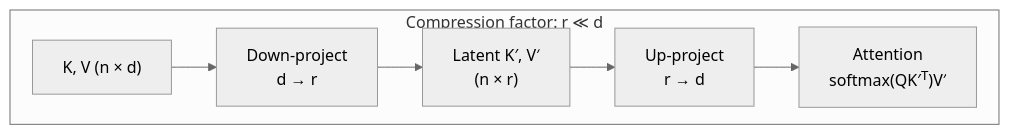
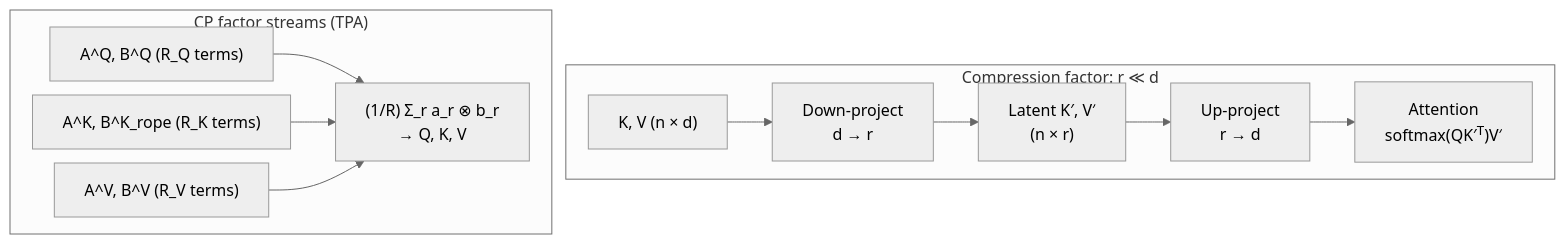
One commit to erickfmm/frankenstein-transformer changed the diagram in docs/paper/figures/latent-map.mmd. Above: the diagram before and after it, drawn with Mermaid. The commit also changed 46 other files, not shown here.

```diff
--- a/docs/paper/figures/latent-map.mmd
+++ b/docs/paper/figures/latent-map.mmd
@@ -1,10 +1,19 @@
 %%{init: {"theme":"neutral","flowchart":{"curve":"basis","nodeSpacing":14,"rankSpacing":20}}}%%
 flowchart TD
   subgraph latent["Compression factor: r ≪ d"]
     kv["K, V (n × d)"]
     down["Down-project<br/>d → r"]
     lat["Latent K′, V′<br/>(n × r)"]
     up["Up-project<br/>r → d"]
     attn["Attention<br/>softmax(QK′<sup>T</sup>)V′"]
     kv --> down --> lat --> up --> attn
   end
+  subgraph factor["CP factor streams (TPA)"]
+    fq["A^Q, B^Q (R_Q terms)"]
+    fk["A^K, B^K_rope (R_K terms)"]
+    fv["A^V, B^V (R_V terms)"]
+    cp["(1/R) Σ_r a_r ⊗ b_r<br/>→ Q, K, V"]
+    fq --> cp
+    fk --> cp
+    fv --> cp
+  end
```
